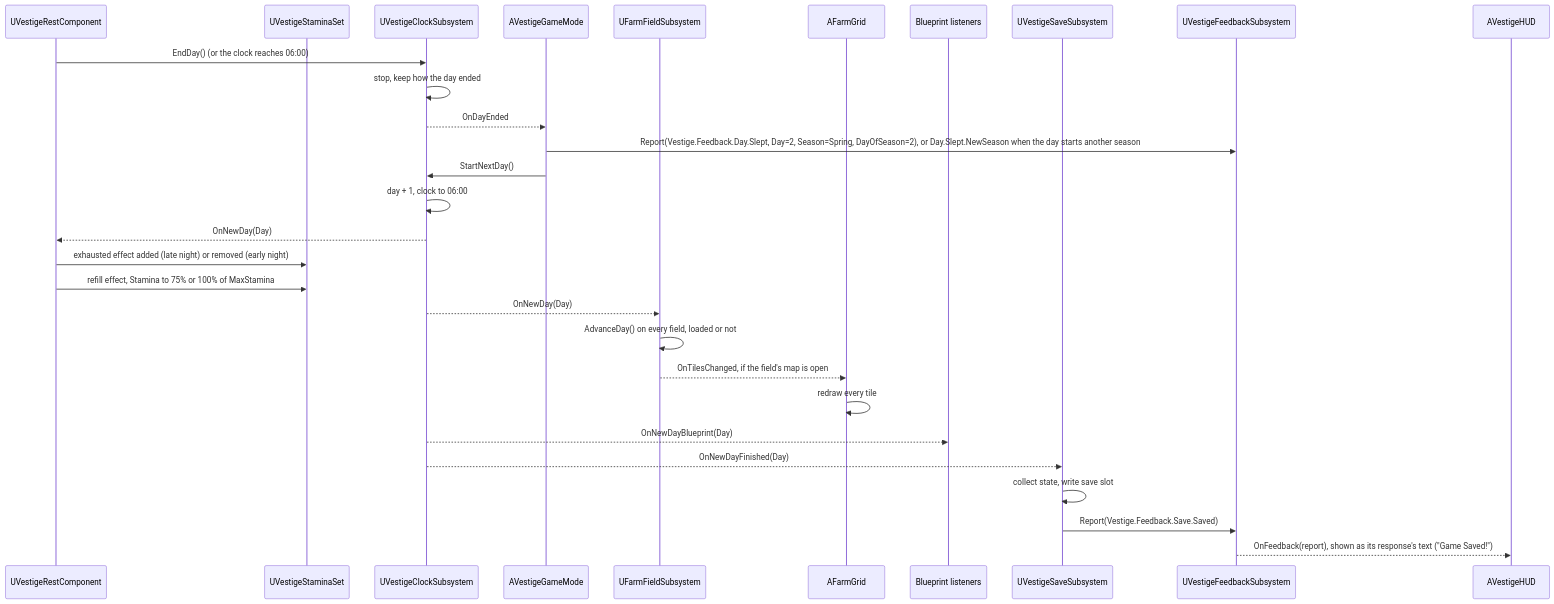
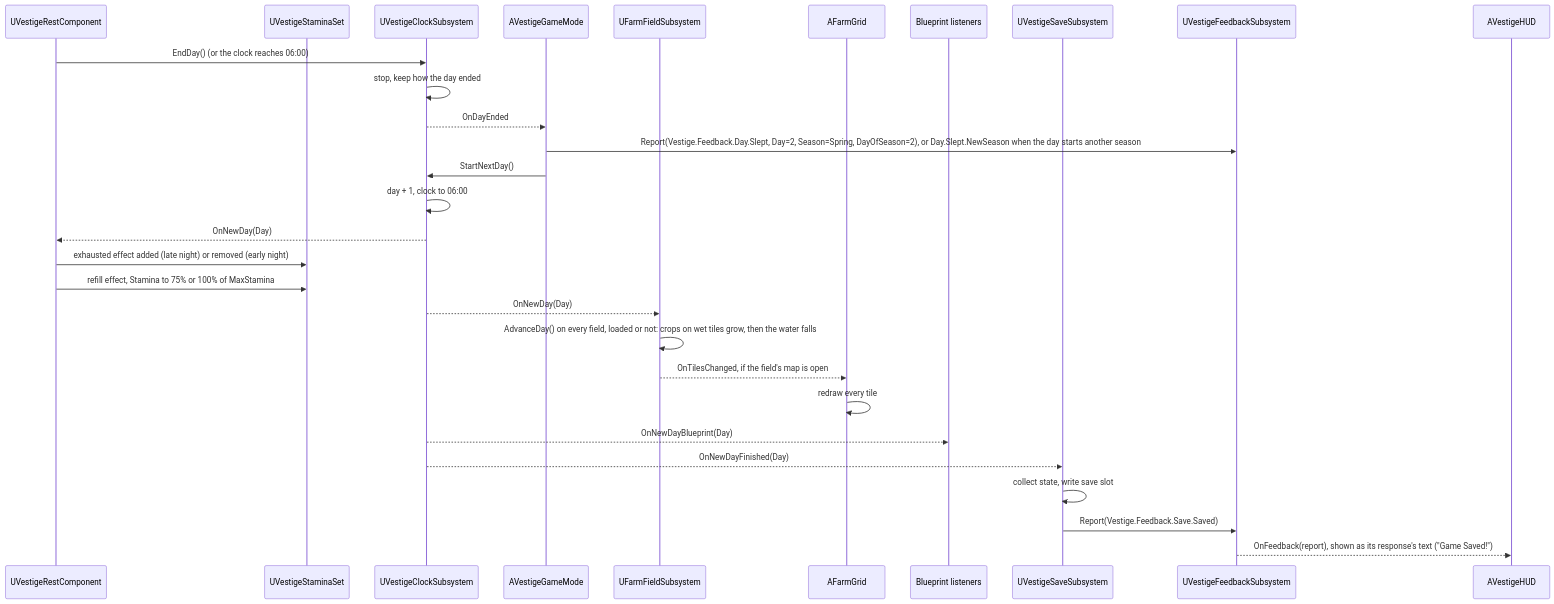
Before and after one commit to DunderGG/ProjectVestige: the second of 2 diagrams in Docs/Architecture.md, drawn with Mermaid. The commit also changed other lines of this file and 33 other files, not shown here.

````diff
--- a/Docs/Architecture.md
+++ b/Docs/Architecture.md
@@ -516,31 +517,31 @@
 ```mermaid
 sequenceDiagram
     participant Rest as UVestigeRestComponent
     participant Stamina as UVestigeStaminaSet
     participant Clock as UVestigeClockSubsystem
     participant GameMode as AVestigeGameMode
     participant Fields as UFarmFieldSubsystem
     participant Grid as AFarmGrid
     participant Blueprints as Blueprint listeners
     participant Save as UVestigeSaveSubsystem
     participant Feedback as UVestigeFeedbackSubsystem
     participant HUD as AVestigeHUD
     Rest->>Clock: EndDay() (or the clock reaches 06:00)
     Clock->>Clock: stop, keep how the day ended
     Clock-->>GameMode: OnDayEnded
     GameMode->>Feedback: Report(Vestige.Feedback.Day.Slept, Day=2, Season=Spring, DayOfSeason=2), or Day.Slept.NewSeason when the day starts another season
     GameMode->>Clock: StartNextDay()
     Clock->>Clock: day + 1, clock to 06:00
     Clock-->>Rest: OnNewDay(Day)
     Rest->>Stamina: exhausted effect added (late night) or removed (early night)
     Rest->>Stamina: refill effect, Stamina to 75% or 100% of MaxStamina
     Clock-->>Fields: OnNewDay(Day)
-    Fields->>Fields: AdvanceDay() on every field, loaded or not
+    Fields->>Fields: AdvanceDay() on every field, loaded or not: crops on wet tiles grow, then the water falls
     Fields-->>Grid: OnTilesChanged, if the field's map is open
     Grid->>Grid: redraw every tile
     Clock-->>Blueprints: OnNewDayBlueprint(Day)
     Clock-->>Save: OnNewDayFinished(Day)
     Save->>Save: collect state, write save slot
     Save->>Feedback: Report(Vestige.Feedback.Save.Saved)
     Feedback-->>HUD: OnFeedback(report), shown as its response's text ("Game Saved!")
 ```
````
